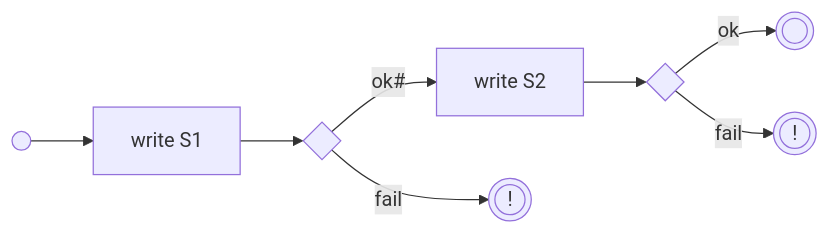
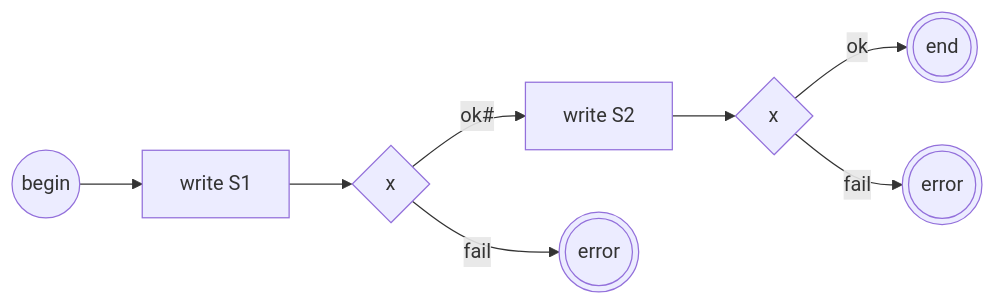
One commit to johnthesmith/scraps changed the first of 2 diagrams in ru/state_consistency_problem.md. Above: the diagram before and after it, drawn with Mermaid. The commit also changed other lines of this file, not shown here.

Commit message:
Corrects

````diff
--- a/ru/state_consistency_problem.md
+++ b/ru/state_consistency_problem.md
@@ -31,10 +31,9 @@
 ```mermaid
 flowchart LR
-
-b(( )) --> wS1
-wS1[write S1] --> cc{ }
+b((begin)) --> wS1
+wS1[write S1] --> cc{x}
 cc --> |ok#| wS2[write S2]
-wS2 --> cc1{ } --> |ok| ok(((  )))
-cc1 --> |fail|erorr1(((!)))
-cc --> |fail|erorr2(((!)))
+wS2 --> cc1{x} --> |ok| ok(((end)))
+cc1 --> |fail|erorr1(((error)))
+cc --> |fail|erorr2(((error)))
 ```
````
